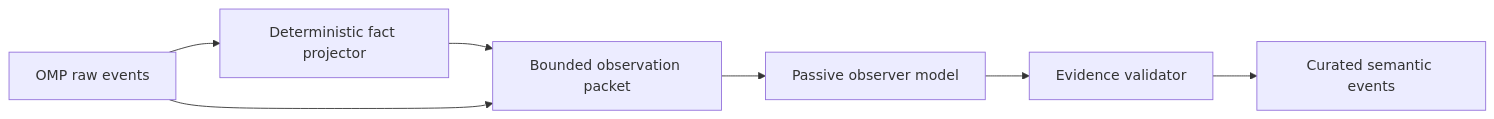
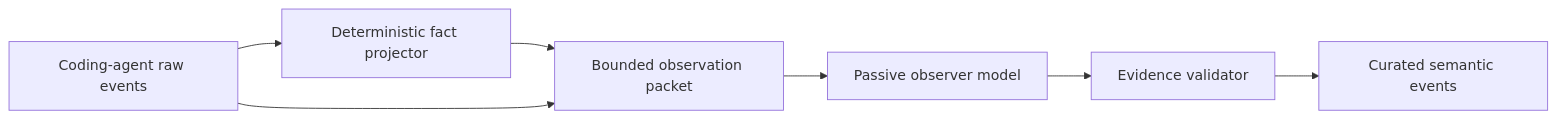
One commit to Gokturkakman/mamachi changed the fourth of 4 diagrams in PRD.md. Above: the diagram before and after it, drawn with Mermaid. The commit also changed other lines of this file and 38 other files, not shown here.

````diff
--- a/PRD.md
+++ b/PRD.md
@@ -494,9 +483,9 @@
 ```mermaid
 flowchart LR
-  O[OMP raw events] --> F[Deterministic fact projector]
+  O[Coding-agent raw events] --> F[Deterministic fact projector]
   F --> P[Bounded observation packet]
   O --> P
   P --> X[Passive observer model]
   X --> V[Evidence validator]
   V --> E[Curated semantic events]
 ```
````
